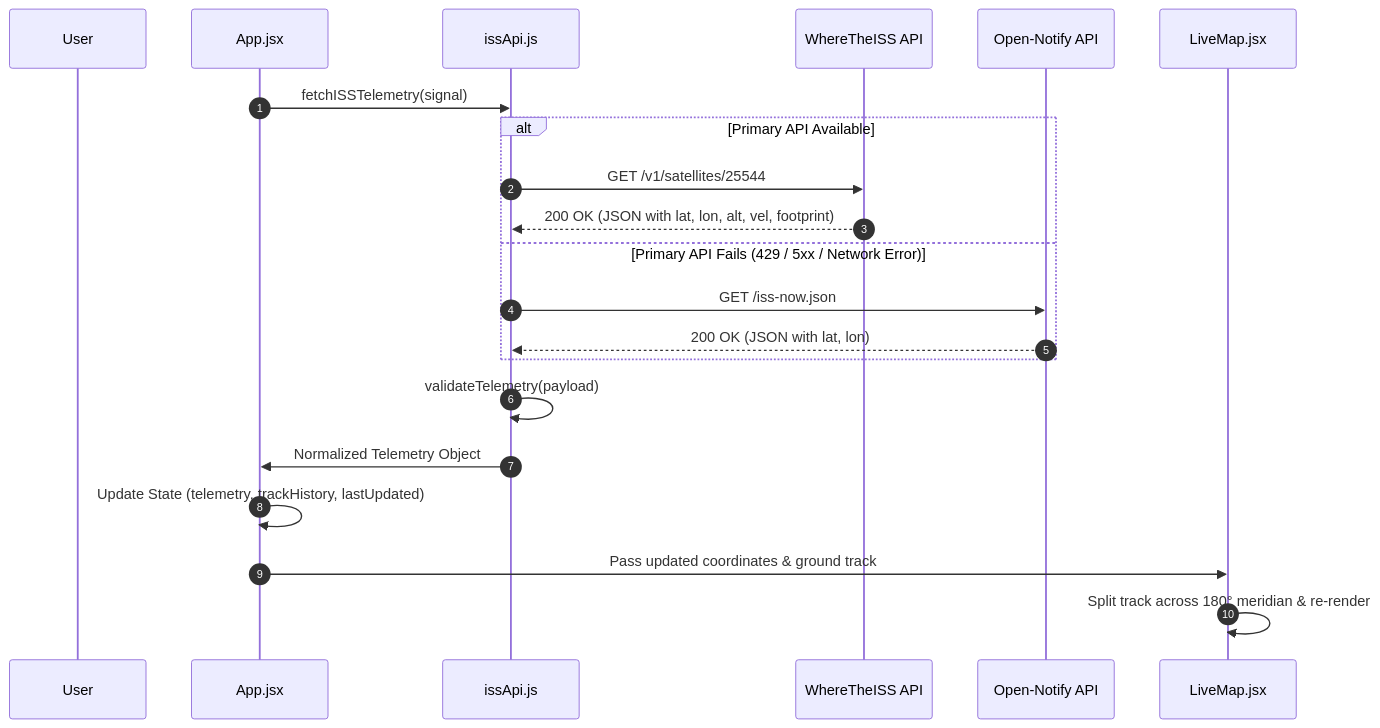
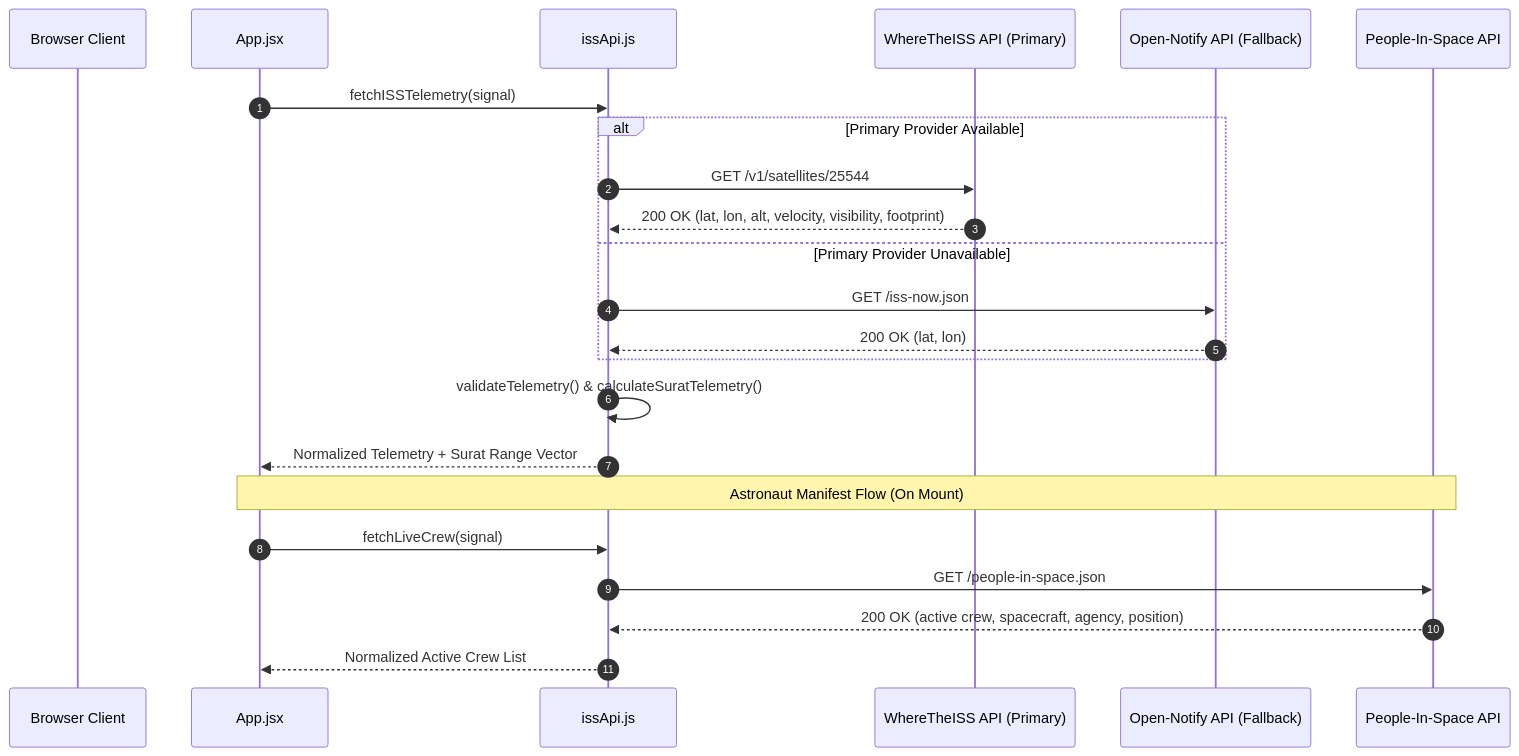
The diagram in docs/ARCHITECTURE.md (Dynamo-SJoshi/OrbitLog), drawn with Mermaid before and after one commit. The commit also changed other lines of this file and 4 other files, not shown here.

````diff
--- a/docs/ARCHITECTURE.md
+++ b/docs/ARCHITECTURE.md
@@ -62,24 +61,27 @@
 ```mermaid
 sequenceDiagram
     autonumber
-    participant User
+    participant Browser as Browser Client
     participant App as App.jsx
     participant Service as issApi.js
-    participant Primary as WhereTheISS API
-    participant Fallback as Open-Notify API
-    participant Map as LiveMap.jsx
+    participant WTIA as WhereTheISS API (Primary)
+    participant OpenNotify as Open-Notify API (Fallback)
+    participant CrewAPI as People-In-Space API
 
     App->>Service: fetchISSTelemetry(signal)
-    alt Primary API Available
-        Service->>Primary: GET /v1/satellites/25544
-        Primary-->>Service: 200 OK (JSON with lat, lon, alt, vel, footprint)
-    else Primary API Fails (429 / 5xx / Network Error)
-        Service->>Fallback: GET /iss-now.json
-        Fallback-->>Service: 200 OK (JSON with lat, lon)
+    alt Primary Provider Available
+        Service->>WTIA: GET /v1/satellites/25544
+        WTIA-->>Service: 200 OK (lat, lon, alt, velocity, visibility, footprint)
+    else Primary Provider Unavailable
+        Service->>OpenNotify: GET /iss-now.json
+        OpenNotify-->>Service: 200 OK (lat, lon)
     end
-    Service->>Service: validateTelemetry(payload)
-    Service->>App: Normalized Telemetry Object
-    App->>App: Update State (telemetry, trackHistory, lastUpdated)
-    App->>Map: Pass updated coordinates & ground track
-    Map->>Map: Split track across 180° meridian & re-render
+    Service->>Service: validateTelemetry() & calculateSuratTelemetry()
+    Service-->>App: Normalized Telemetry + Surat Range Vector
+
+    Note over App,CrewAPI: Astronaut Manifest Flow (On Mount)
+    App->>Service: fetchLiveCrew(signal)
+    Service->>CrewAPI: GET /people-in-space.json
+    CrewAPI-->>Service: 200 OK (active crew, spacecraft, agency, position)
+    Service-->>App: Normalized Active Crew List
 ```
````
